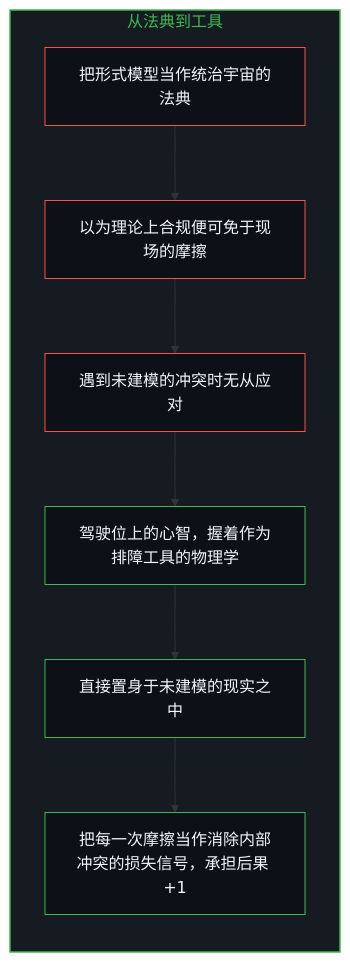
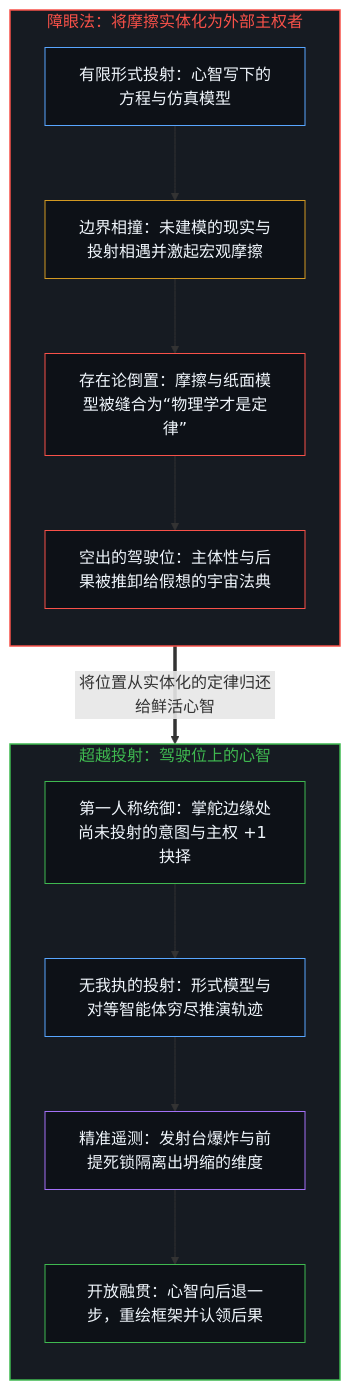
One commit to powerpig99/not-a-toe changed the first of 2 diagrams in content/posts/the-sleight-of-hand-in-physics-is-the-law-and-the-friction-of-reality.md. Above: the diagram before and after it, drawn with Mermaid. The commit also changed other lines of this file and 1 other file, not shown here.

Commit message:
Sleep Wave 3 (L2 #63): Refine the-sleight-of-hand-in-physics-is-the-law-and-the-friction-of-reality

````diff
--- a/content/posts/the-sleight-of-hand-in-physics-is-the-law-and-the-friction-of-reality.md
+++ b/content/posts/the-sleight-of-hand-in-physics-is-the-law-and-the-friction-of-reality.md
@@ -267,25 +81,33 @@
 ```mermaid
 flowchart TD
-    subgraph S_Seat["从法典到工具"]
+    subgraph S_Sleight["障眼法：将摩擦实体化为外部主权者"]
         direction TB
-        Code["把形式模型当作统治宇宙的法典"]
-        Exempt["以为理论上合规便可免于现场的摩擦"]
-        Lost["遇到未建模的冲突时无从应对"]
-        Tool["驾驶位上的心智，握着作为排障工具的物理学"]
-        Expose["直接置身于未建模的现实之中"]
-        Cohere["把每一次摩擦当作消除内部冲突的损失信号，承担后果 +1"]
-        Code --> Exempt
-        Exempt --> Lost
-        Lost --> Tool
-        Tool --> Expose
-        Expose --> Cohere
+        S1["有限形式投射：心智写下的方程与仿真模型"]
+        S2["边界相撞：未建模的现实与投射相遇并激起宏观摩擦"]
+        S3["存在论倒置：摩擦与纸面模型被缝合为“物理学才是定律”"]
+        S4["空出的驾驶位：主体性与后果被推卸给假想的宇宙法典"]
+        S1 --> S2 --> S3 --> S4
     end
 
-    style S_Seat fill:#161b22,stroke:#3fb950,stroke-width:1.5px,color:#3fb950
-    style Code fill:#0d1117,stroke:#f85149,stroke-width:1px,color:#f0f6fc
-    style Exempt fill:#0d1117,stroke:#f85149,stroke-width:1px,color:#f0f6fc
-    style Lost fill:#0d1117,stroke:#f85149,stroke-width:1px,color:#f0f6fc
-    style Tool fill:#0d1117,stroke:#3fb950,stroke-width:1px,color:#f0f6fc
-    style Expose fill:#0d1117,stroke:#3fb950,stroke-width:1px,color:#f0f6fc
-    style Cohere fill:#0d1117,stroke:#3fb950,stroke-width:1px,color:#f0f6fc
+    subgraph S_Driver["超越投射：驾驶位上的心智"]
+        direction TB
+        D1["第一人称统御：掌舵边缘处尚未投射的意图与主权 +1 抉择"]
+        D2["无我执的投射：形式模型与对等智能体穷尽推演轨迹"]
+        D3["精准遥测：发射台爆炸与前提死锁隔离出坍缩的维度"]
+        D4["开放融贯：心智向后退一步，重绘框架并认领后果"]
+        D1 --> D2 --> D3 --> D4
+    end
+
+    S4 ==>|"将位置从实体化的定律归还给鲜活心智"| D1
+
+    style S_Sleight fill:#161b22,stroke:#f85149,stroke-width:1.5px,color:#f85149
+    style S_Driver fill:#161b22,stroke:#3fb950,stroke-width:1.5px,color:#3fb950
+    style S1 fill:#0d1117,stroke:#58a6ff,stroke-width:1px,color:#f0f6fc
+    style S2 fill:#0d1117,stroke:#d29922,stroke-width:1px,color:#f0f6fc
+    style S3 fill:#0d1117,stroke:#f85149,stroke-width:1px,color:#f0f6fc
+    style S4 fill:#0d1117,stroke:#f85149,stroke-width:1px,color:#f0f6fc
+    style D1 fill:#0d1117,stroke:#3fb950,stroke-width:1px,color:#f0f6fc
+    style D2 fill:#0d1117,stroke:#58a6ff,stroke-width:1px,color:#f0f6fc
+    style D3 fill:#0d1117,stroke:#a371f7,stroke-width:1px,color:#f0f6fc
+    style D4 fill:#0d1117,stroke:#3fb950,stroke-width:1px,color:#f0f6fc
 ```
````
